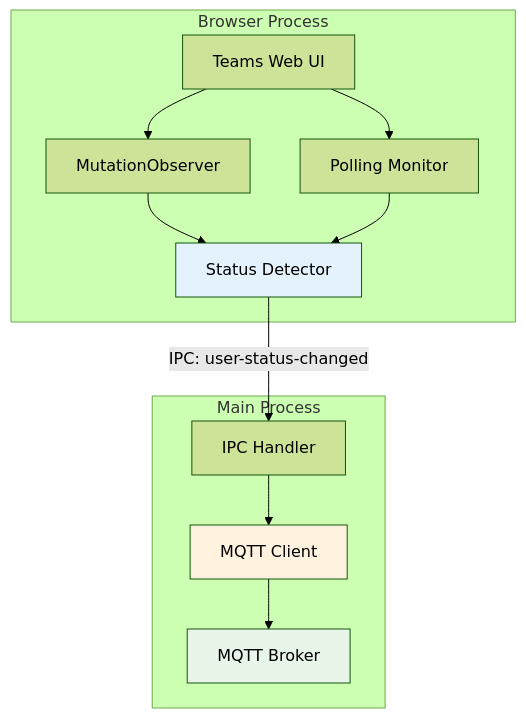
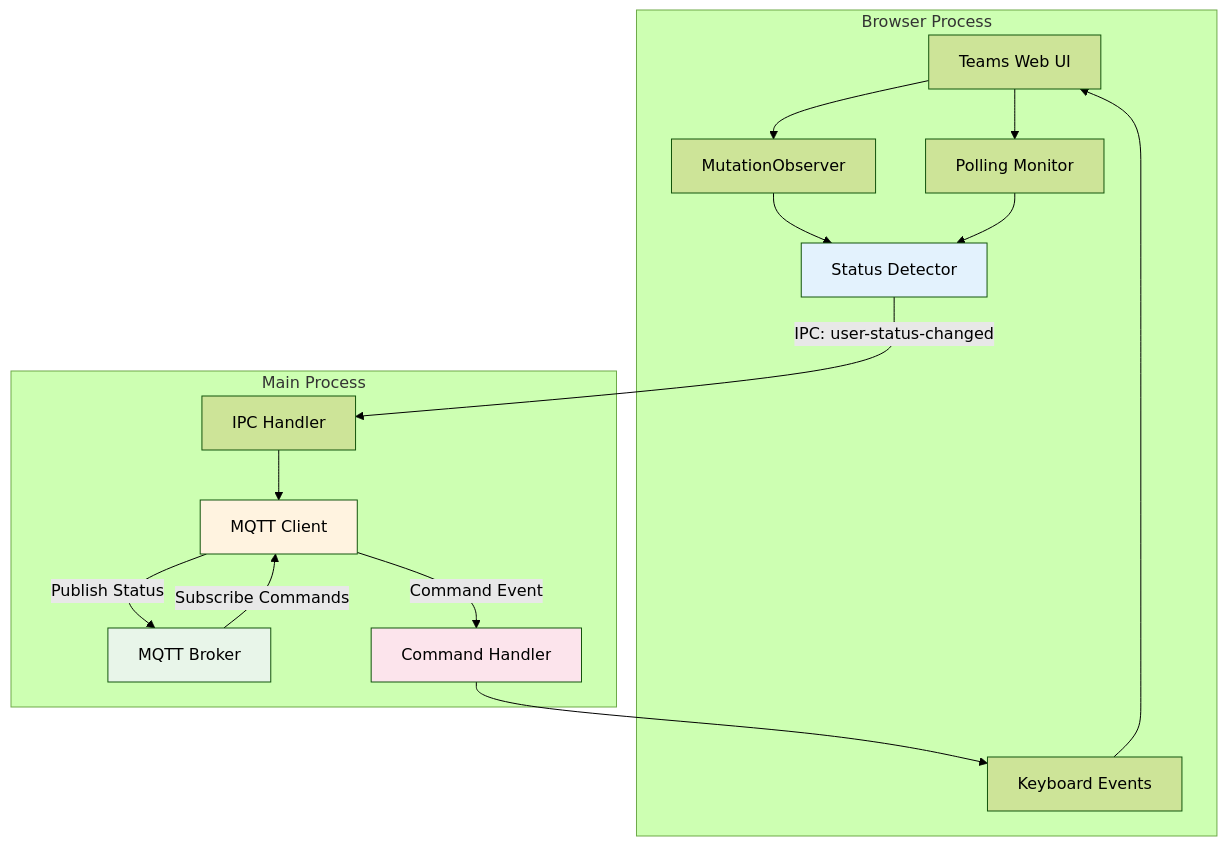
Before and after one commit to IsmaelMartinez/teams-for-linux: the diagram in docs-site/docs/mqtt-integration.md, drawn with Mermaid (forest theme). The commit also changed other lines of this file and 8 other files, not shown here.

First line of the commit message:
Implement MQTT Commands feature (#1986)

````diff
--- a/docs-site/docs/mqtt-integration.md
+++ b/docs-site/docs/mqtt-integration.md
@@ -251,20 +397,25 @@
 ```mermaid
 graph TB
     subgraph Browser Process
         A[Teams Web UI] --> B[MutationObserver]
         A --> C[Polling Monitor]
         B --> D[Status Detector]
         C --> D
+        H[Keyboard Events] --> A
     end
 
     subgraph Main Process
         E[IPC Handler] --> F[MQTT Client]
-        F --> G[MQTT Broker]
+        F -->|Publish Status| G[MQTT Broker]
+        G -->|Subscribe Commands| F
+        F -->|Command Event| I[Command Handler]
+        I --> H
     end
 
     D -->|IPC: user-status-changed| E
 
     style D fill:#e3f2fd
     style F fill:#fff3e0
     style G fill:#e8f5e9
+    style I fill:#fce4ec
 ```
````
